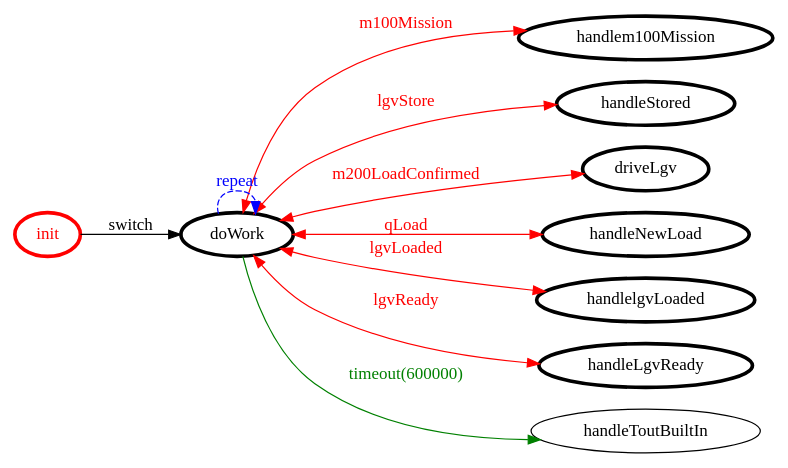
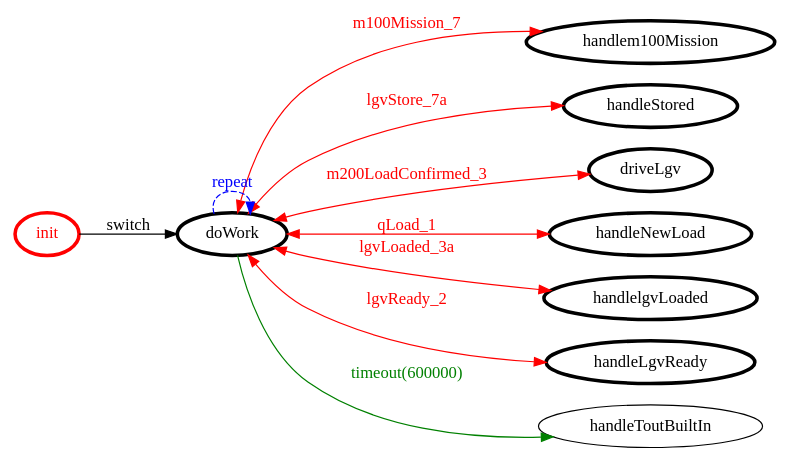
Before and after one commit to anatali/lss0: the diagram in it.unibo.e80/srcMore/it/unibo/smarttm/smarttm.gv, drawn with Graphviz. The commit also changed 50 other files, not shown here.

```diff
--- a/it.unibo.e80/srcMore/it/unibo/smarttm/smarttm.gv
+++ b/it.unibo.e80/srcMore/it/unibo/smarttm/smarttm.gv
@@ -1,30 +1,30 @@
 /*
 *
 * A GraphViz DOT FSM description 
 * Please use a GraphViz visualizer (like http://www.webgraphviz.com)
 *  
 */
 
 digraph finite_state_machine {
 	rankdir=LR
 	size="8,5"
 	
 	init [ color = red ][ fontcolor = red ][ penwidth = 3 ]
 	handlem100Mission [ color = black ][ fontcolor = black ][ penwidth = 3 ]
 	handleStored [ color = black ][ fontcolor = black ][ penwidth = 3 ]
 	doWork [ color = black ][ fontcolor = black ][ penwidth = 3 ]
 	driveLgv [ color = black ][ fontcolor = black ][ penwidth = 3 ]
 	handleNewLoad [ color = black ][ fontcolor = black ][ penwidth = 3 ]
 	handlelgvLoaded [ color = black ][ fontcolor = black ][ penwidth = 3 ]
 	handleLgvReady [ color = black ][ fontcolor = black ][ penwidth = 3 ]
 	
-	doWork -> handleLgvReady [ label = "lgvReady" ][ color = red ][ fontcolor = red ][ dir = both ]
-	doWork -> handleNewLoad [ label = "qLoad" ][ color = red ][ fontcolor = red ][ dir = both ]
-	doWork -> handlem100Mission [ label = "m100Mission" ][ color = red ][ fontcolor = red ][ dir = both ]
+	doWork -> handleNewLoad [ label = "qLoad_1" ][ color = red ][ fontcolor = red ][ dir = both ]
+	doWork -> handlelgvLoaded [ label = "lgvLoaded_3a" ][ color = red ][ fontcolor = red ][ dir = both ]
+	doWork -> handlem100Mission [ label = "m100Mission_7" ][ color = red ][ fontcolor = red ][ dir = both ]
+	doWork -> handleStored [ label = "lgvStore_7a" ][ color = red ][ fontcolor = red ][ dir = both ]
 	init -> doWork [ label = "switch" ][ color = black ][ fontcolor = black ]
-	doWork -> handleStored [ label = "lgvStore" ][ color = red ][ fontcolor = red ][ dir = both ]
+	doWork -> driveLgv [ label = "m200LoadConfirmed_3" ][ color = red ][ fontcolor = red ][ dir = both ]
 	doWork -> doWork [ label = "repeat "][ style = dashed ][ color = blue ][ fontcolor = blue ]
+	doWork -> handleLgvReady [ label = "lgvReady_2" ][ color = red ][ fontcolor = red ][ dir = both ]
 	doWork -> handleToutBuiltIn [ label = "timeout(600000)" ][ color = green ][ fontcolor = green ]
-	doWork -> driveLgv [ label = "m200LoadConfirmed" ][ color = red ][ fontcolor = red ][ dir = both ]
-	doWork -> handlelgvLoaded [ label = "lgvLoaded" ][ color = red ][ fontcolor = red ][ dir = both ]
 }
```
